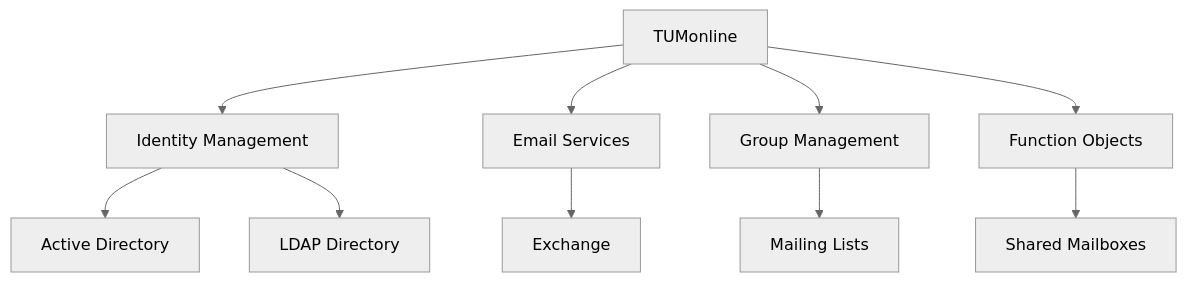
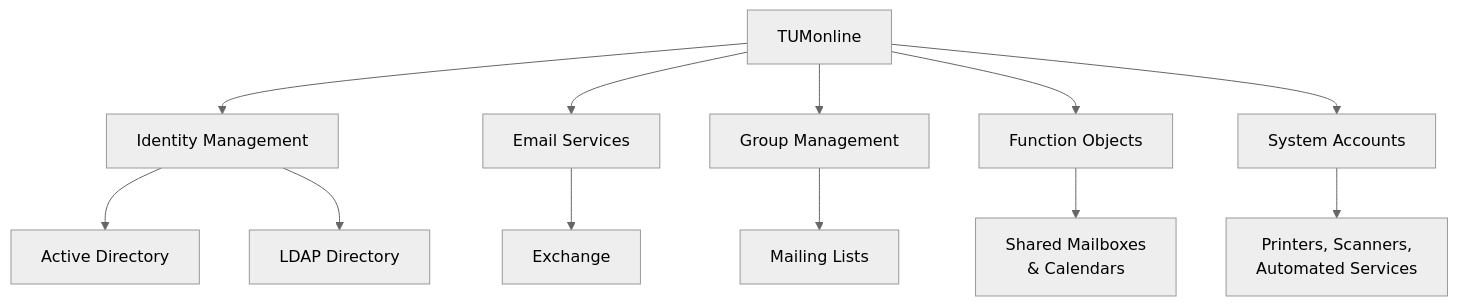
The seventh of 7 diagrams in en/chapters/03-user-management.qmd (jtimo/tum-ito-admin-guide), drawn with Mermaid (neutral theme) before and after one commit. The commit also changed other lines of this file and 7 other files, not shown here.

````diff
--- a/en/chapters/03-user-management.qmd
+++ b/en/chapters/03-user-management.qmd
@@ -231,16 +323,18 @@
 ```{mermaid}
 %%| fig-cap: "TUMonline Service Integration"
 flowchart TB
     TUMonline["TUMonline"]
 
     TUMonline --> Identity["Identity Management"]
     TUMonline --> Email["Email Services"]
     TUMonline --> Groups["Group Management"]
     TUMonline --> Functions["Function Objects"]
+    TUMonline --> SysAcc["System Accounts"]
 
     Identity --> AD["Active Directory"]
     Identity --> LDAP["LDAP Directory"]
     Email --> Exchange["Exchange"]
     Groups --> Lists["Mailing Lists"]
-    Functions --> Shared["Shared Mailboxes"]
+    Functions --> Shared["Shared Mailboxes<br/>& Calendars"]
+    SysAcc --> Devices["Printers, Scanners,<br/>Automated Services"]
 ```
````
